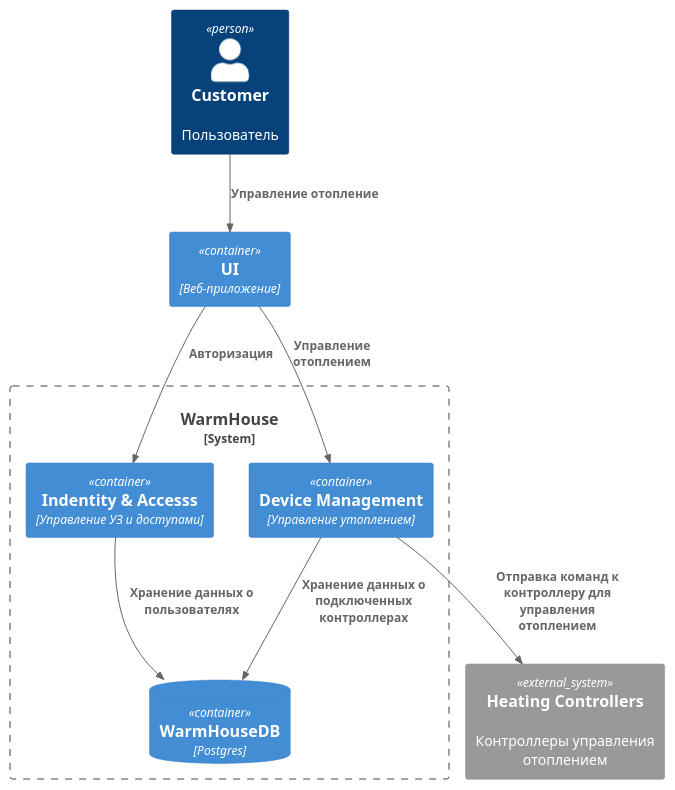
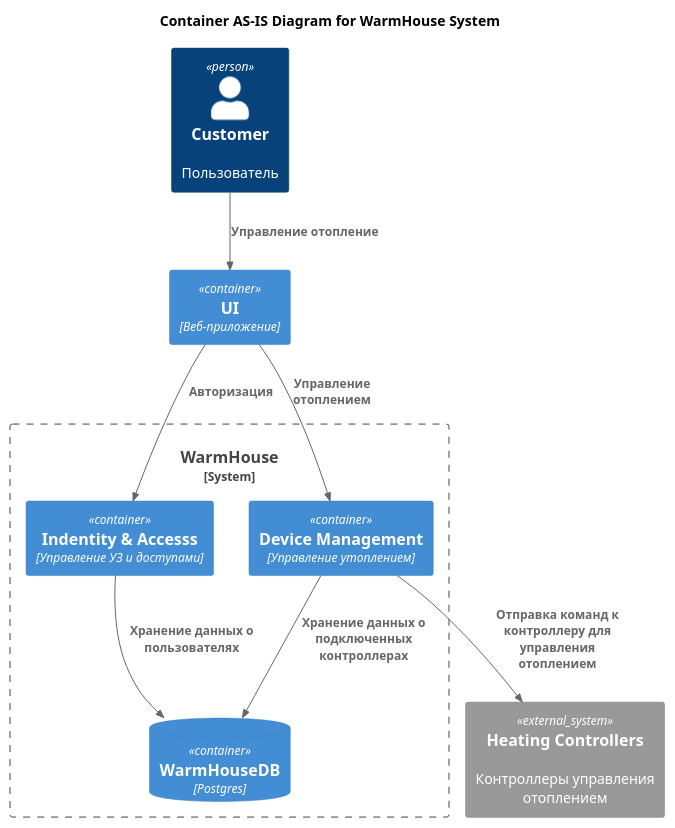
One commit to Meeluck/architecture-warmhouse changed the diagram in arch/container/container_as_is.puml. Above: the diagram before and after it, drawn with PlantUML. The commit also changed 2 other files, not shown here.

```diff
--- a/arch/container/container_as_is.puml
+++ b/arch/container/container_as_is.puml
@@ -1,24 +1,26 @@
 @startuml
 !include https://raw.githubusercontent.com/plantuml-stdlib/C4-PlantUML/master/C4_Container.puml
+
+Title Container AS-IS Diagram for WarmHouse System
 
 Person(user,"Customer","Пользователь")
 
 Container(fe,UI,Веб-приложение)
 
 System_Boundary(wh_mon,WarmHouse){
     Container(ia,Indentity & Accesss, Управление УЗ и доступами)
     Container(dm,Device Management,Управление утоплением)
 
     ContainerDb(db,WarmHouseDB, Postgres)
     Rel(ia,db,Хранение данных о пользователях)
     Rel(dm,db,Хранение данных о подключенных контроллерах)
 }
 Rel(user,fe, Управление отопление)
 
 Rel(fe,ia,Авторизация)
 Rel(fe,dm,Управление отоплением)
 
 System_Ext(heating,"Heating Controllers","Контроллеры управления отоплением")
 Rel(dm,heating,Отправка команд к контроллеру для управления отоплением)
 
 @enduml
```
